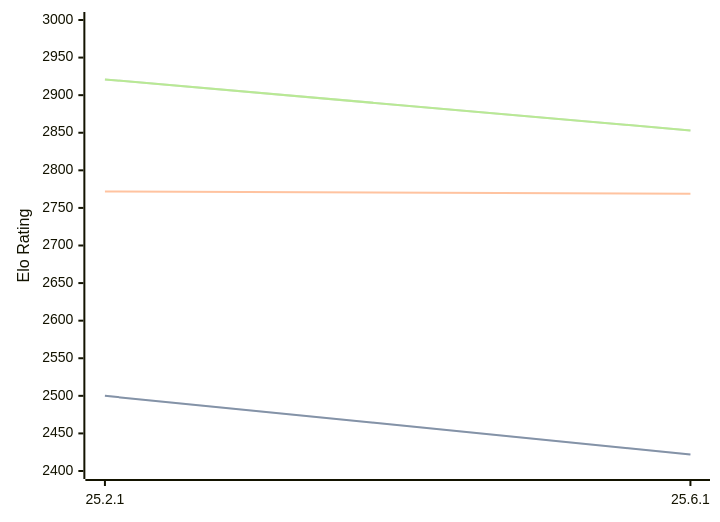
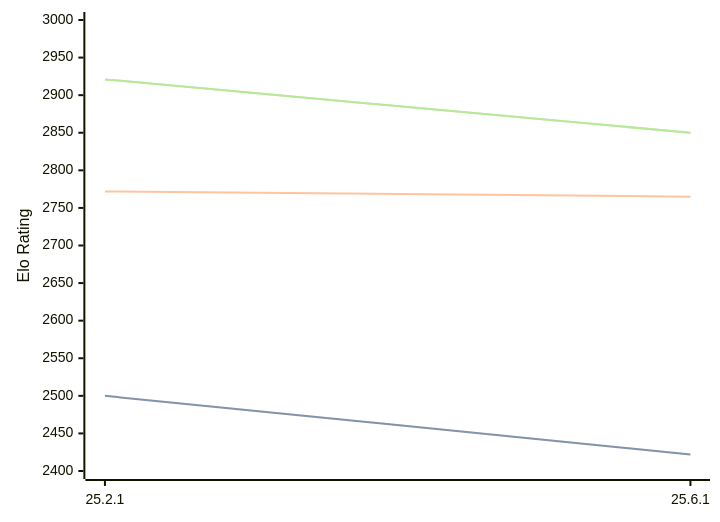
One commit to computer-chess-index/cci changed the third of 3 diagrams in engines/Crafty.md. Above: the diagram before and after it, drawn with Mermaid. The commit also changed other lines of this file, not shown here.

Commit message:
Update CCI Ratings (ELO VLTC) - 2026-07-04

````diff
--- a/engines/Crafty.md
+++ b/engines/Crafty.md
@@ -65,11 +65,11 @@
 ```mermaid
 %%{init: {"theme":"base","themeVariables":{"seriesColors:['#a3a3a3','#222221','#faa371']}}}%%
 xychart-beta
   x-axis ["25.2.1", "25.6.1"]
   y-axis "Elo Rating" 2400 --> 3000
   line "STC (8.0+0.08s)" [2500, 2422]
   line "STC (8.0+0.08s)" [2500, 2422]
-  line "LTC (60.0+0.60s)" [2772, 2769]
-  line "VLTC (2m24s+1.12s)" [2921, 2853]
-  line "VLTC (2m24s+1.12s)" [2921, 2853]
+  line "LTC (60.0+0.60s)" [2772, 2765]
+  line "VLTC (2m24s+1.12s)" [2921, 2850]
+  line "VLTC (2m24s+1.12s)" [2921, 2850]
 ```
````
